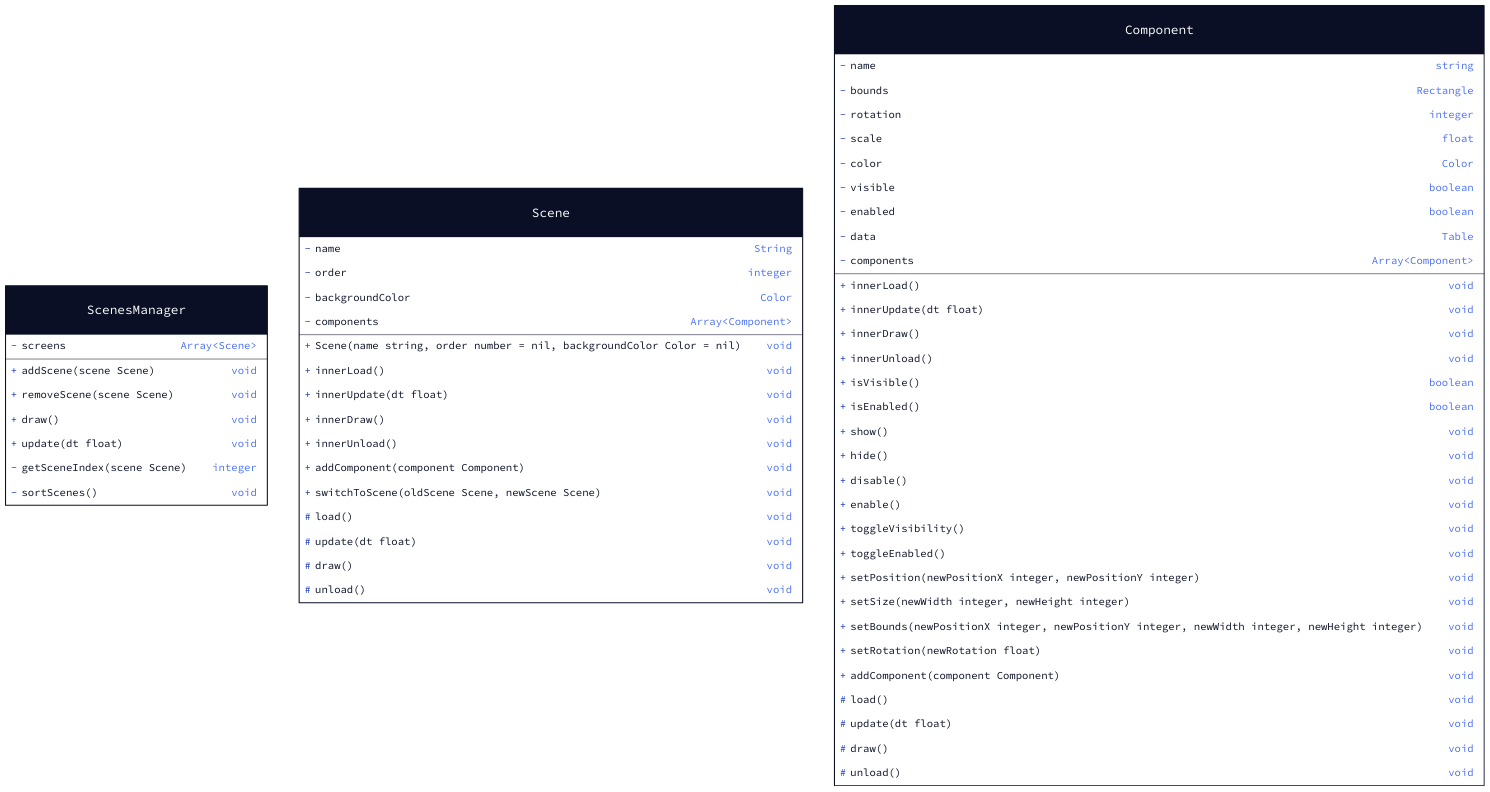
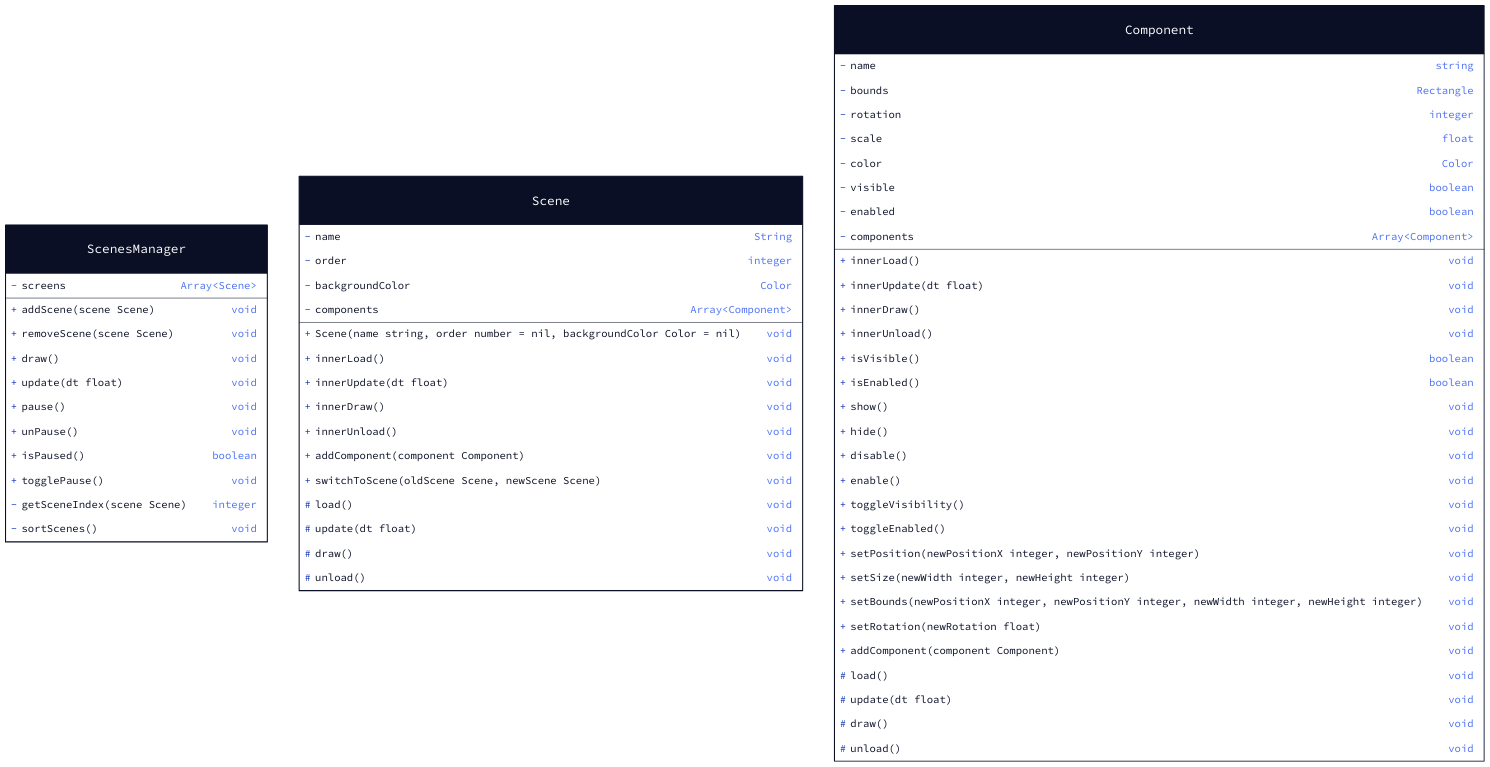
Before and after one commit to valcriss/gamingcampus-m1-lua-battletank: the diagram in docs/scenesmanager-scenes-component.d2, drawn with D2. The commit also changed 22 other files, not shown here.

```diff
--- a/docs/scenesmanager-scenes-component.d2
+++ b/docs/scenesmanager-scenes-component.d2
@@ -1,67 +1,82 @@
 ScenesManager: {
     shape: class
 
     -screens: Array<Scene>
+
     addScene(scene Scene): void
     removeScene(scene Scene): void
-    draw(): void
+
+draw(): void
     update(dt float): void
+
+pause(): void
+unPause(): void
+isPaused(): boolean
+togglePause(): void
+
     -getSceneIndex(scene Scene):integer
     -sortScenes():void
 }
 
 Scene: {
     shape: class
 
     -name: String
     -order: integer
     -backgroundColor: Color
     -components: Array<Component>
-    Scene(name string, order number = nil, backgroundColor Color = nil): void
-    innerLoad():void
+
+Scene(name string, order number = nil, backgroundColor Color = nil): void
+
+innerLoad():void
     innerUpdate(dt float):void
     innerDraw():void
     innerUnload():void
-    addComponent(component Component):void
+
+addComponent(component Component):void
     switchToScene(oldScene Scene, newScene Scene):void
-    \#load():void
+
+\#load():void
     \#update(dt float):void
     \#draw():void
     \#unload():void
 }
 
 Component: {
     shape: class
 
     -name: string
     -bounds: Rectangle
     -rotation: integer
     -scale: float
     -color: Color
     -visible: boolean
     -enabled: boolean
-    -data: Table
     -components: Array<Component>
 
     innerLoad():void
     innerUpdate(dt float):void
     innerDraw():void
     innerUnload():void
-    isVisible():boolean
+
+isVisible():boolean
     isEnabled():boolean
     show():void
     hide():void
     disable():void
     enable():void
     toggleVisibility():void
     toggleEnabled():void
-    setPosition(newPositionX integer, newPositionY integer):void
+
+setPosition(newPositionX integer, newPositionY integer):void
     setSize(newWidth integer, newHeight integer):void
     setBounds(newPositionX integer, newPositionY integer, newWidth integer, newHeight integer):void
     setRotation(newRotation float):void
+
     addComponent(component Component):void
+
     \#load():void
     \#update(dt float):void
     \#draw():void
     \#unload():void
 }
```
